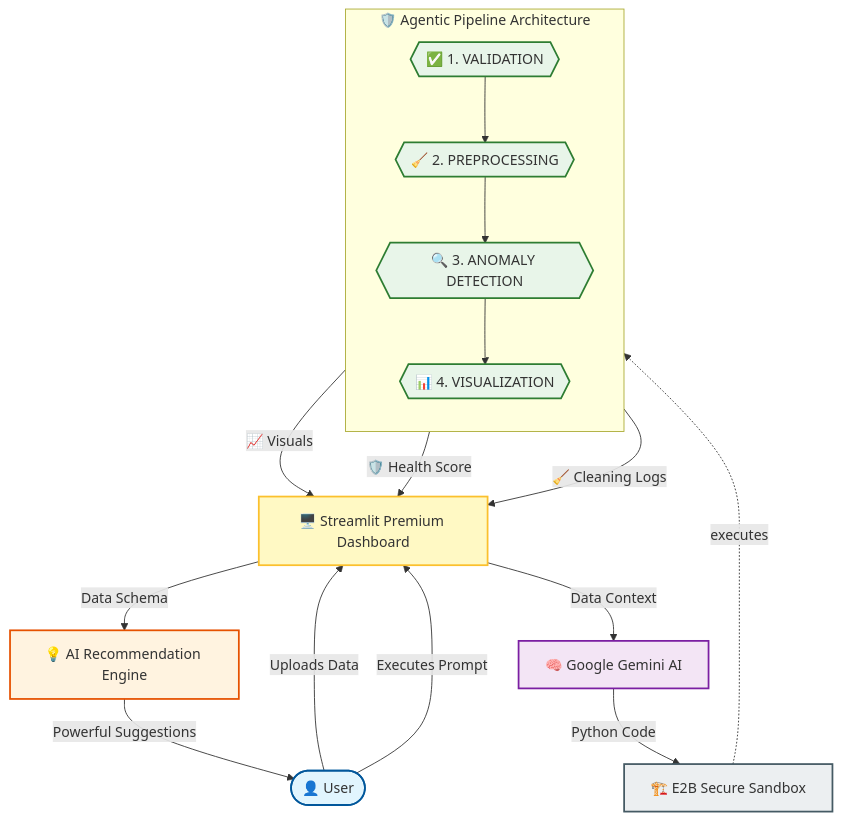
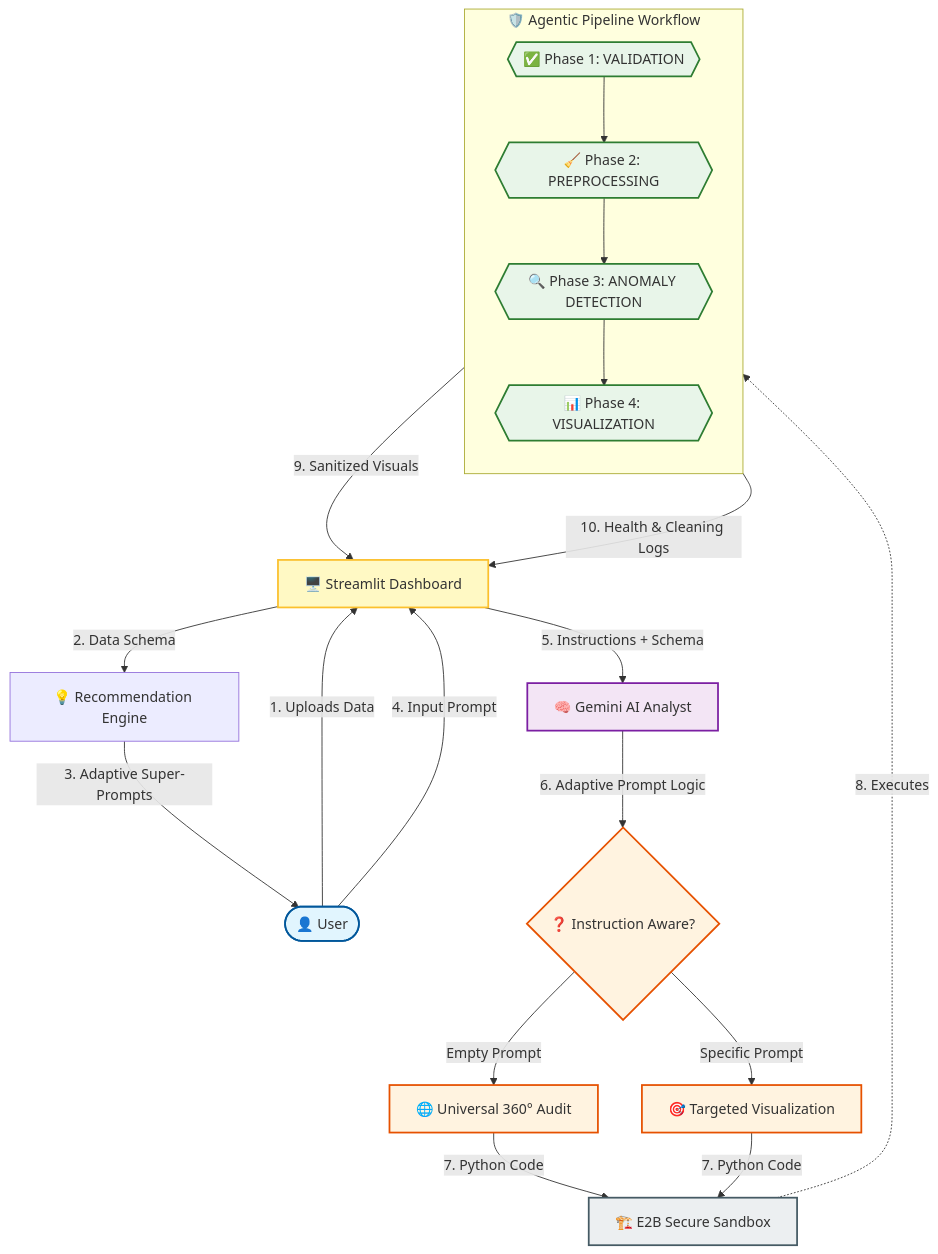
The diagram in README.md (Arvindtechicon/Agentic-Data-Sanitizer), drawn with Mermaid before and after one commit. The commit also changed other lines of this file, not shown here.

Commit message:
Architecture: Update Mermaid diagram to reflect Adaptive Instruction-Aware Flow

````diff
--- a/README.md
+++ b/README.md
@@ -34,46 +34,56 @@
 ```mermaid
 flowchart TD
     %% Node Definitions
     User([👤 User])
-    UI[🖥️ Streamlit Premium Dashboard]
-    Recs[💡 AI Recommendation Engine]
-    LLM[🧠 Google Gemini AI]
+    UI[🖥️ Streamlit Dashboard]
+    Recs[💡 Recommendation Engine]
+    LLM[🧠 Gemini AI Analyst]
     Sandbox[🏗️ E2B Secure Sandbox]
     
-    subgraph Pipeline [🛡️ Agentic Pipeline Architecture]
+    %% Logic Decision
+    Logic{❓ Instruction Aware?}
+    Univ[🌐 Universal 360° Audit]
+    Target[🎯 Targeted Visualization]
+
+    subgraph Pipeline [🛡️ Agentic Pipeline Workflow]
         direction TB
-        V{{✅ 1. VALIDATION}}
-        P{{🧹 2. PREPROCESSING}}
-        A{{🔍 3. ANOMALY DETECTION}}
-        Z{{📊 4. VISUALIZATION}}
+        V{{✅ Phase 1: VALIDATION}}
+        P{{🧹 Phase 2: PREPROCESSING}}
+        A{{🔍 Phase 3: ANOMALY DETECTION}}
+        Z{{📊 Phase 4: VISUALIZATION}}
         V --> P --> A --> Z
     end
 
     %% Connections
-    User -->|Uploads Data| UI
-    UI -->|Data Schema| Recs
-    Recs -->|Powerful Suggestions| User
-    User -->|Executes Prompt| UI
-    UI -->|Data Context| LLM
-    LLM -->|Python Code| Sandbox
-    Sandbox -. executes .-> Pipeline
+    User -->|1. Uploads Data| UI
+    UI -->|2. Data Schema| Recs
+    Recs -->|3. Adaptive Super-Prompts| User
     
-    Z -->|📈 Visuals| UI
-    V -->|🛡️ Health Score| UI
-    P -->|🧹 Cleaning Logs| UI
+    User -->|4. Input Prompt| UI
+    UI -->|5. Instructions + Schema| LLM
+    LLM -->|6. Adaptive Prompt Logic| Logic
+    
+    Logic -->|Empty Prompt| Univ
+    Logic -->|Specific Prompt| Target
+    
+    Univ & Target -->|7. Python Code| Sandbox
+    Sandbox -.->|8. Executes| Pipeline
+    
+    Pipeline -->|9. Sanitized Visuals| UI
+    Pipeline -->|10. Health & Cleaning Logs| UI
 
     %% Styling 
     classDef user fill:#e1f5fe,stroke:#01579b,stroke-width:2px;
     classDef ui fill:#fff9c4,stroke:#fbc02d,stroke-width:2px;
     classDef ai fill:#f3e5f5,stroke:#7b1fa2,stroke-width:2px;
     classDef sandbox fill:#eceff1,stroke:#455a64,stroke-width:2px;
     classDef pipe fill:#e8f5e9,stroke:#2e7d32,stroke-width:2px;
-    classDef recs fill:#fff3e0,stroke:#e65100,stroke-width:2px;
+    classDef logic fill:#fff3e0,stroke:#e65100,stroke-width:2px;
 
     class User user;
     class UI ui;
     class LLM ai;
     class Sandbox sandbox;
+    class Logic,Univ,Target logic;
     class V,P,A,Z pipe;
-    class Recs recs;
 ```
````
